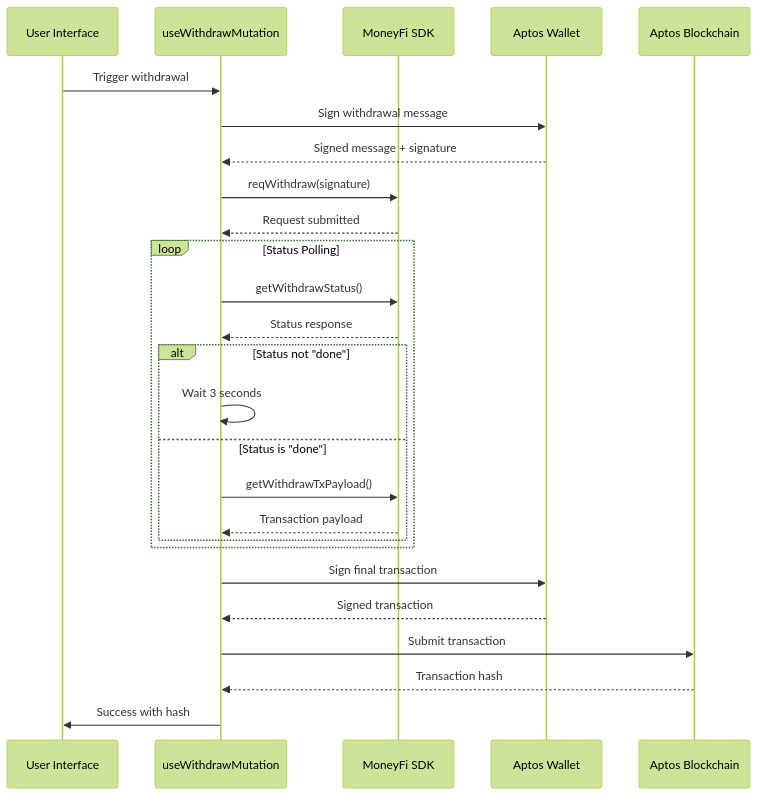
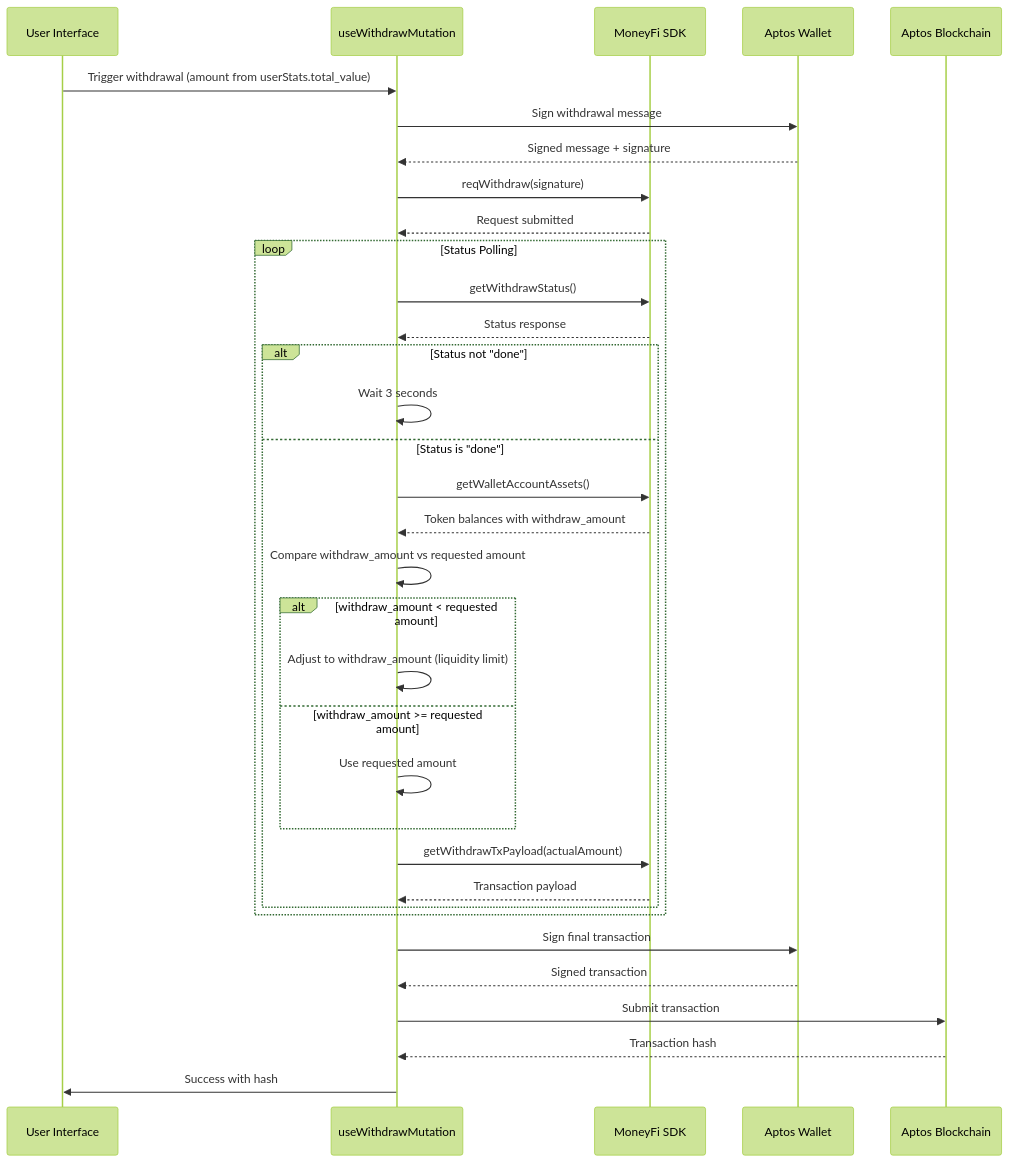
One commit to MoneyFi-fund/moneyfi-SDK-example changed the seventh of 7 diagrams in README.md. Above: the diagram before and after it, drawn with Mermaid (forest theme). The commit also changed other lines of this file, not shown here.

First line of the commit message:
Fix/estimate max withdraw (#7)

````diff
--- a/README.md
+++ b/README.md
@@ -1387,31 +1452,39 @@
 ```mermaid
 sequenceDiagram
     participant UI as User Interface
     participant Hook as useWithdrawMutation
     participant SDK as MoneyFi SDK
     participant Wallet as Aptos Wallet
     participant Chain as Aptos Blockchain
 
-    UI->>Hook: Trigger withdrawal
+    UI->>Hook: Trigger withdrawal (amount from userStats.total_value)
     Hook->>Wallet: Sign withdrawal message
     Wallet-->>Hook: Signed message + signature
     Hook->>SDK: reqWithdraw(signature)
     SDK-->>Hook: Request submitted
 
     loop Status Polling
         Hook->>SDK: getWithdrawStatus()
         SDK-->>Hook: Status response
         alt Status not "done"
             Hook->>Hook: Wait 3 seconds
         else Status is "done"
-            Hook->>SDK: getWithdrawTxPayload()
+            Hook->>SDK: getWalletAccountAssets()
+            SDK-->>Hook: Token balances with withdraw_amount
+            Hook->>Hook: Compare withdraw_amount vs requested amount
+            alt withdraw_amount < requested amount
+                Hook->>Hook: Adjust to withdraw_amount (liquidity limit)
+            else withdraw_amount >= requested amount
+                Hook->>Hook: Use requested amount
+            end
+            Hook->>SDK: getWithdrawTxPayload(actualAmount)
             SDK-->>Hook: Transaction payload
         end
     end
 
     Hook->>Wallet: Sign final transaction
     Wallet-->>Hook: Signed transaction
     Hook->>Chain: Submit transaction
     Chain-->>Hook: Transaction hash
     Hook->>UI: Success with hash
 ```
````
